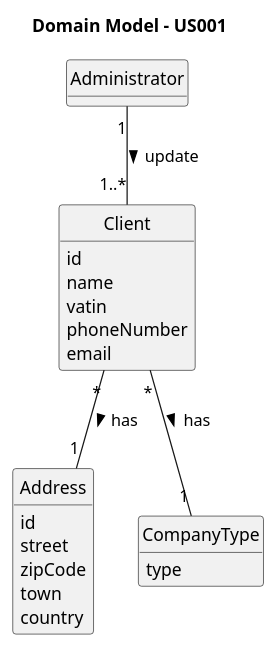
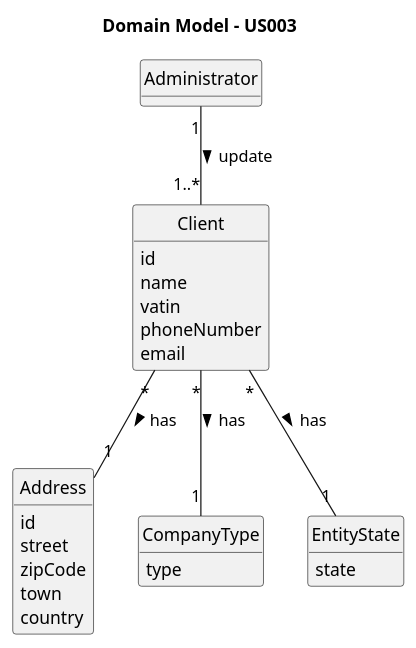
Before and after one commit to daniel41silva05/Production_Control_Industrial_ISEP: the diagram in documentation/user-stories/us003/02.analysis/puml/us003-domain-model.puml, drawn with PlantUML. The commit also changed 22 other files, not shown here.

```diff
--- a/documentation/user-stories/us003/02.analysis/puml/us003-domain-model.puml
+++ b/documentation/user-stories/us003/02.analysis/puml/us003-domain-model.puml
@@ -1,40 +1,45 @@
 @startuml
 skinparam monochrome true
 skinparam packageStyle rectangle
 skinparam shadowing false
 
 skinparam classAttributeIconSize 0
 
 hide circle
 hide methods
 
-title Domain Model - US001
+title Domain Model - US003
 
 class Administrator {
 }
 
 class Client {
     id
     name
     vatin
     phoneNumber
     email
 }
 
 class Address {
     id
     street
     zipCode
     town
     country
 }
 
 enum CompanyType {
     type
 }
 
+enum EntityState {
+    state
+}
+
 Administrator "1" -- "1..*" Client : update >
 Client "*" -- "1" Address : has >
 Client "*" -- "1" CompanyType : has >
+Client "*" -- "1" EntityState : has >
 
 @enduml
```
